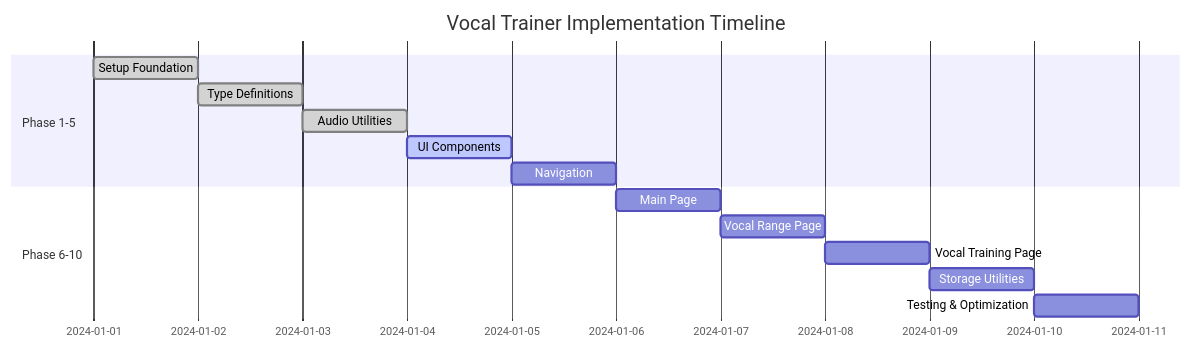
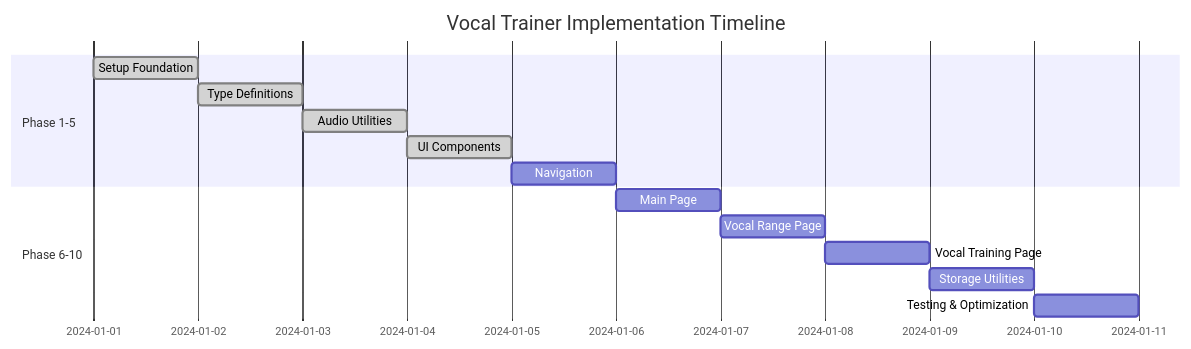
The diagram in vocal-trainer-phase-plan.md (rayinailham/vocal-trainer), drawn with Mermaid before and after one commit. The commit also changed other lines of this file and 5 other files, not shown here.

````diff
--- a/vocal-trainer-phase-plan.md
+++ b/vocal-trainer-phase-plan.md
@@ -324,18 +324,18 @@
 ```mermaid
 gantt
     title Vocal Trainer Implementation Timeline
     dateFormat  YYYY-MM-DD
     section Phase 1-5
     Setup Foundation        :done, phase1, 2024-01-01, 1d
     Type Definitions        :done, phase2, after phase1, 1d
     Audio Utilities         :done, phase3, after phase2, 1d
-    UI Components           :active, phase4, after phase3, 1d
+    UI Components           :done, phase4, after phase3, 1d
     Navigation              :phase5, after phase4, 1d
     
     section Phase 6-10
     Main Page               :phase6, after phase5, 1d
     Vocal Range Page        :phase7, after phase6, 1d
     Vocal Training Page     :phase8, after phase7, 1d
     Storage Utilities       :phase9, after phase8, 1d
     Testing & Optimization  :phase10, after phase9, 1d
 ```
````
